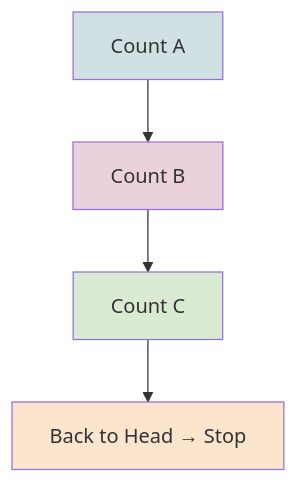
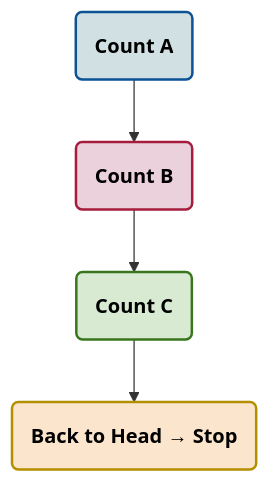
Before and after one commit to Maryam-Skaik/java-ds-lab-recursion: the fifth of 5 diagrams in src/activities/README.md, drawn with Mermaid. The commit also changed other lines of this file, not shown here.

````diff
--- a/src/activities/README.md
+++ b/src/activities/README.md
@@ -186,11 +205,17 @@
 ```mermaid
 graph TD
-    A[Count A] --> B[Count B]
-    B --> C[Count C]
-    C --> D[Back to Head → Stop]
+    %% Rounded / pill-shaped nodes
+    A("Count A") --> B("Count B") --> C("Count C") --> D("Back to Head → Stop")
 
-    style A fill:#d0e0e3
-    style B fill:#ead1dc
-    style C fill:#d9ead3
-    style D fill:#fce5cd
+    %% Class definitions for colors and borders
+    classDef nodeA fill:#d0e0e3,stroke:#0b5394,stroke-width:2px,color:#000,font-weight:bold;
+    classDef nodeB fill:#ead1dc,stroke:#a61c3c,stroke-width:2px,color:#000,font-weight:bold;
+    classDef nodeC fill:#d9ead3,stroke:#38761d,stroke-width:2px,color:#000,font-weight:bold;
+    classDef nodeD fill:#fce5cd,stroke:#b38f00,stroke-width:2px,color:#000,font-weight:bold;
+
+    %% Apply classes
+    class A nodeA;
+    class B nodeB;
+    class C nodeC;
+    class D nodeD;
 ```
````
